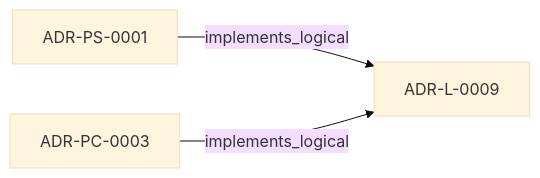
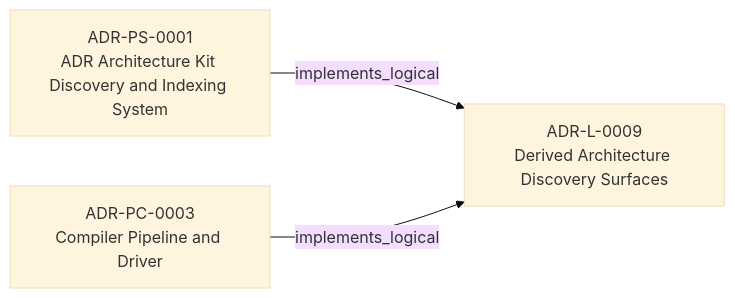
One commit to egallmann/adr-architecture-kit changed the second of 3 diagrams in adrs/adr-projection/logical/ADR-L-0009-derived-architecture-discovery-surfaces.md. Above: the diagram before and after it, drawn with Mermaid (base theme). The commit also changed other lines of this file and 35 other files, not shown here.

````diff
--- a/adrs/adr-projection/logical/ADR-L-0009-derived-architecture-discovery-surfaces.md
+++ b/adrs/adr-projection/logical/ADR-L-0009-derived-architecture-discovery-surfaces.md
@@ -41,8 +41,8 @@
 ```mermaid
 flowchart LR
-  n_019fee89_e616_770c_a025_2c241a720730["ADR-L-0009"]
-  n_019fee89_e618_7b3e_813b_a449881b6adb["ADR-PS-0001"]
-  n_019fee89_e618_7b76_843f_cfe21ceb2ea6["ADR-PC-0003"]
+  n_019fee89_e616_770c_a025_2c241a720730["ADR-L-0009<br/>Derived Architecture Discovery Surfaces"]
+  n_019fee89_e618_7b3e_813b_a449881b6adb["ADR-PS-0001<br/>ADR Architecture Kit Discovery and Indexing System"]
+  n_019fee89_e618_7b76_843f_cfe21ceb2ea6["ADR-PC-0003<br/>Compiler Pipeline and Driver"]
   n_019fee89_e618_7b3e_813b_a449881b6adb -->|"implements_logical"| n_019fee89_e616_770c_a025_2c241a720730
   n_019fee89_e618_7b76_843f_cfe21ceb2ea6 -->|"implements_logical"| n_019fee89_e616_770c_a025_2c241a720730
 ```
````
